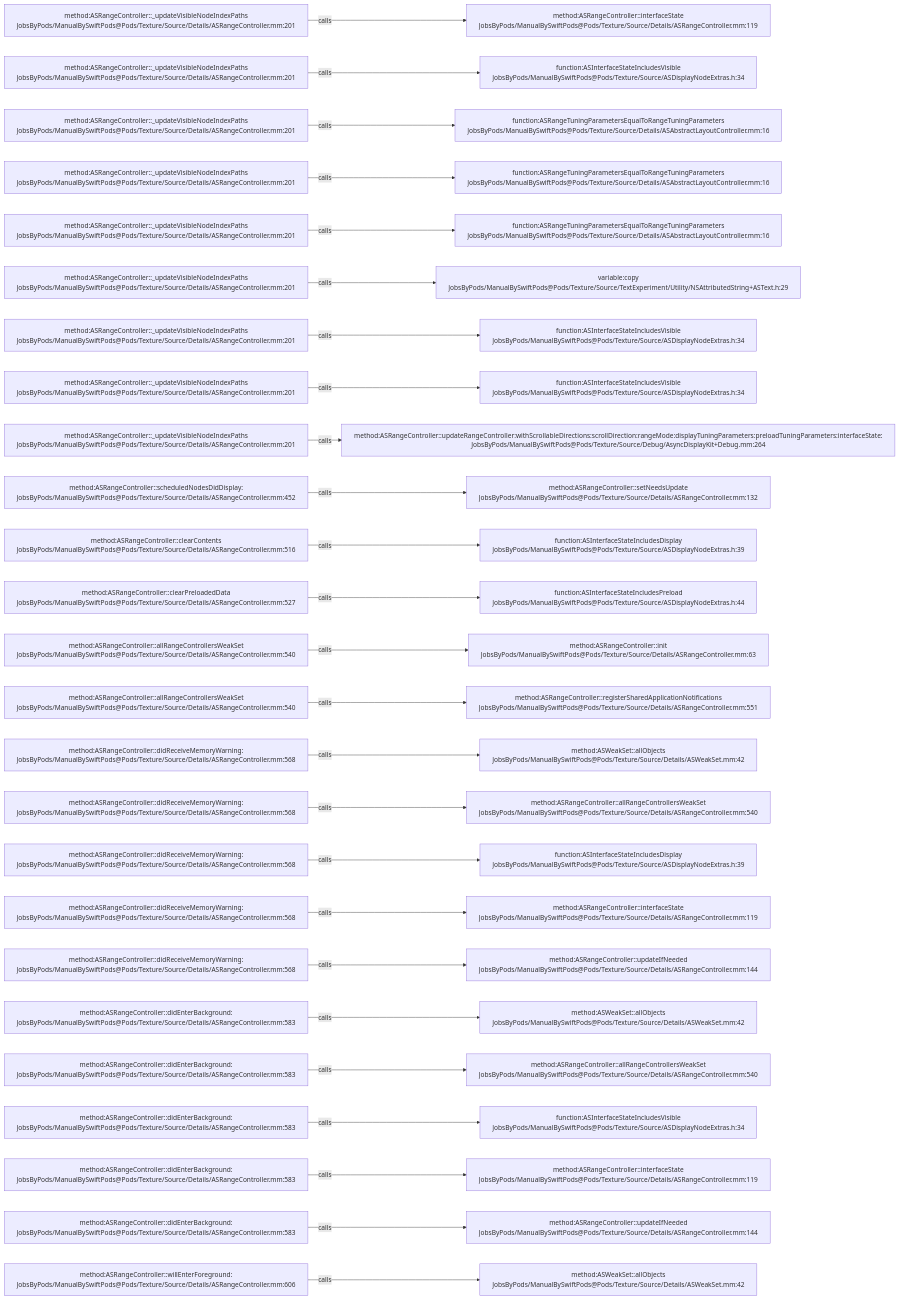
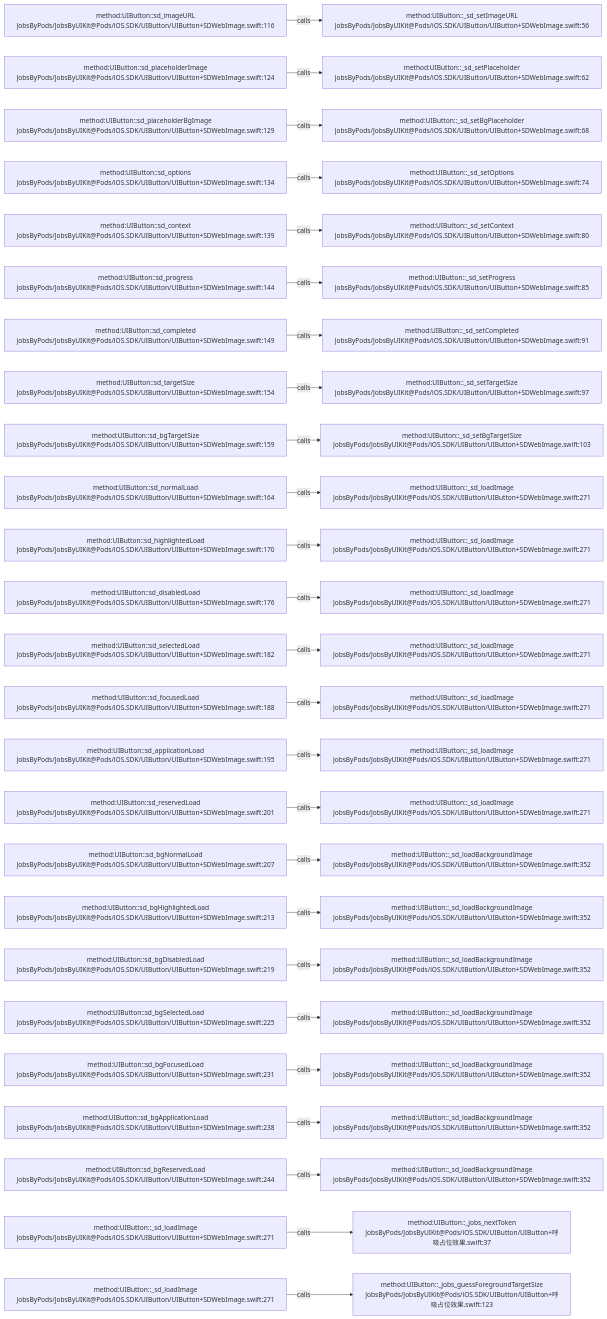
Before and after one commit to JobsKits/JobsSwiftBaseConfigDemo: the diagram in .codegraph/codegraph.md/graphs/calls-094.md, drawn with Mermaid. The commit also changed 224 other files, not shown here.

````diff
--- a/.codegraph/codegraph.md/graphs/calls-094.md
+++ b/.codegraph/codegraph.md/graphs/calls-094.md
@@ -13,78 +13,78 @@
 ```mermaid
 flowchart LR
-  S1["method:ASRangeController::_updateVisibleNodeIndexPaths<br/>JobsByPods/ManualBySwiftPods@Pods/Texture/Source/Details/ASRangeController.mm:201"]
-  T1["method:ASRangeController::interfaceState<br/>JobsByPods/ManualBySwiftPods@Pods/Texture/Source/Details/ASRangeController.mm:119"]
+  S1["method:UIButton::sd_imageURL<br/>JobsByPods/JobsByUIKit@Pods/iOS.SDK/UIButton/UIButton+SDWebImage.swift:116"]
+  T1["method:UIButton::_sd_setImageURL<br/>JobsByPods/JobsByUIKit@Pods/iOS.SDK/UIButton/UIButton+SDWebImage.swift:56"]
   S1 -->|calls| T1
-  S2["method:ASRangeController::_updateVisibleNodeIndexPaths<br/>JobsByPods/ManualBySwiftPods@Pods/Texture/Source/Details/ASRangeController.mm:201"]
-  T2["function:ASInterfaceStateIncludesVisible<br/>JobsByPods/ManualBySwiftPods@Pods/Texture/Source/ASDisplayNodeExtras.h:34"]
+  S2["method:UIButton::sd_placeholderImage<br/>JobsByPods/JobsByUIKit@Pods/iOS.SDK/UIButton/UIButton+SDWebImage.swift:124"]
+  T2["method:UIButton::_sd_setPlaceholder<br/>JobsByPods/JobsByUIKit@Pods/iOS.SDK/UIButton/UIButton+SDWebImage.swift:62"]
   S2 -->|calls| T2
-  S3["method:ASRangeController::_updateVisibleNodeIndexPaths<br/>JobsByPods/ManualBySwiftPods@Pods/Texture/Source/Details/ASRangeController.mm:201"]
-  T3["function:ASRangeTuningParametersEqualToRangeTuningParameters<br/>JobsByPods/ManualBySwiftPods@Pods/Texture/Source/Details/ASAbstractLayoutController.mm:16"]
+  S3["method:UIButton::sd_placeholderBgImage<br/>JobsByPods/JobsByUIKit@Pods/iOS.SDK/UIButton/UIButton+SDWebImage.swift:129"]
+  T3["method:UIButton::_sd_setBgPlaceholder<br/>JobsByPods/JobsByUIKit@Pods/iOS.SDK/UIButton/UIButton+SDWebImage.swift:68"]
   S3 -->|calls| T3
-  S4["method:ASRangeController::_updateVisibleNodeIndexPaths<br/>JobsByPods/ManualBySwiftPods@Pods/Texture/Source/Details/ASRangeController.mm:201"]
-  T4["function:ASRangeTuningParametersEqualToRangeTuningParameters<br/>JobsByPods/ManualBySwiftPods@Pods/Texture/Source/Details/ASAbstractLayoutController.mm:16"]
+  S4["method:UIButton::sd_options<br/>JobsByPods/JobsByUIKit@Pods/iOS.SDK/UIButton/UIButton+SDWebImage.swift:134"]
+  T4["method:UIButton::_sd_setOptions<br/>JobsByPods/JobsByUIKit@Pods/iOS.SDK/UIButton/UIButton+SDWebImage.swift:74"]
   S4 -->|calls| T4
-  S5["method:ASRangeController::_updateVisibleNodeIndexPaths<br/>JobsByPods/ManualBySwiftPods@Pods/Texture/Source/Details/ASRangeController.mm:201"]
-  T5["function:ASRangeTuningParametersEqualToRangeTuningParameters<br/>JobsByPods/ManualBySwiftPods@Pods/Texture/Source/Details/ASAbstractLayoutController.mm:16"]
+  S5["method:UIButton::sd_context<br/>JobsByPods/JobsByUIKit@Pods/iOS.SDK/UIButton/UIButton+SDWebImage.swift:139"]
+  T5["method:UIButton::_sd_setContext<br/>JobsByPods/JobsByUIKit@Pods/iOS.SDK/UIButton/UIButton+SDWebImage.swift:80"]
   S5 -->|calls| T5
-  S6["method:ASRangeController::_updateVisibleNodeIndexPaths<br/>JobsByPods/ManualBySwiftPods@Pods/Texture/Source/Details/ASRangeController.mm:201"]
-  T6["variable:copy<br/>JobsByPods/ManualBySwiftPods@Pods/Texture/Source/TextExperiment/Utility/NSAttributedString+ASText.h:29"]
+  S6["method:UIButton::sd_progress<br/>JobsByPods/JobsByUIKit@Pods/iOS.SDK/UIButton/UIButton+SDWebImage.swift:144"]
+  T6["method:UIButton::_sd_setProgress<br/>JobsByPods/JobsByUIKit@Pods/iOS.SDK/UIButton/UIButton+SDWebImage.swift:85"]
   S6 -->|calls| T6
-  S7["method:ASRangeController::_updateVisibleNodeIndexPaths<br/>JobsByPods/ManualBySwiftPods@Pods/Texture/Source/Details/ASRangeController.mm:201"]
-  T7["function:ASInterfaceStateIncludesVisible<br/>JobsByPods/ManualBySwiftPods@Pods/Texture/Source/ASDisplayNodeExtras.h:34"]
+  S7["method:UIButton::sd_completed<br/>JobsByPods/JobsByUIKit@Pods/iOS.SDK/UIButton/UIButton+SDWebImage.swift:149"]
+  T7["method:UIButton::_sd_setCompleted<br/>JobsByPods/JobsByUIKit@Pods/iOS.SDK/UIButton/UIButton+SDWebImage.swift:91"]
   S7 -->|calls| T7
-  S8["method:ASRangeController::_updateVisibleNodeIndexPaths<br/>JobsByPods/ManualBySwiftPods@Pods/Texture/Source/Details/ASRangeController.mm:201"]
-  T8["function:ASInterfaceStateIncludesVisible<br/>JobsByPods/ManualBySwiftPods@Pods/Texture/Source/ASDisplayNodeExtras.h:34"]
+  S8["method:UIButton::sd_targetSize<br/>JobsByPods/JobsByUIKit@Pods/iOS.SDK/UIButton/UIButton+SDWebImage.swift:154"]
+  T8["method:UIButton::_sd_setTargetSize<br/>JobsByPods/JobsByUIKit@Pods/iOS.SDK/UIButton/UIButton+SDWebImage.swift:97"]
   S8 -->|calls| T8
-  S9["method:ASRangeController::_updateVisibleNodeIndexPaths<br/>JobsByPods/ManualBySwiftPods@Pods/Texture/Source/Details/ASRangeController.mm:201"]
-  T9["method:ASRangeController::updateRangeController:withScrollableDirections:scrollDirection:rangeMode:displayTuningParameters:preloadTuningParameters:interfaceState:<br/>JobsByPods/ManualBySwiftPods@Pods/Texture/Source/Debug/AsyncDisplayKit+Debug.mm:264"]
+  S9["method:UIButton::sd_bgTargetSize<br/>JobsByPods/JobsByUIKit@Pods/iOS.SDK/UIButton/UIButton+SDWebImage.swift:159"]
+  T9["method:UIButton::_sd_setBgTargetSize<br/>JobsByPods/JobsByUIKit@Pods/iOS.SDK/UIButton/UIButton+SDWebImage.swift:103"]
   S9 -->|calls| T9
-  S10["method:ASRangeController::scheduledNodesDidDisplay:<br/>JobsByPods/ManualBySwiftPods@Pods/Texture/Source/Details/ASRangeController.mm:452"]
-  T10["method:ASRangeController::setNeedsUpdate<br/>JobsByPods/ManualBySwiftPods@Pods/Texture/Source/Details/ASRangeController.mm:132"]
+  S10["method:UIButton::sd_normalLoad<br/>JobsByPods/JobsByUIKit@Pods/iOS.SDK/UIButton/UIButton+SDWebImage.swift:164"]
+  T10["method:UIButton::_sd_loadImage<br/>JobsByPods/JobsByUIKit@Pods/iOS.SDK/UIButton/UIButton+SDWebImage.swift:271"]
   S10 -->|calls| T10
-  S11["method:ASRangeController::clearContents<br/>JobsByPods/ManualBySwiftPods@Pods/Texture/Source/Details/ASRangeController.mm:516"]
-  T11["function:ASInterfaceStateIncludesDisplay<br/>JobsByPods/ManualBySwiftPods@Pods/Texture/Source/ASDisplayNodeExtras.h:39"]
+  S11["method:UIButton::sd_highlightedLoad<br/>JobsByPods/JobsByUIKit@Pods/iOS.SDK/UIButton/UIButton+SDWebImage.swift:170"]
+  T11["method:UIButton::_sd_loadImage<br/>JobsByPods/JobsByUIKit@Pods/iOS.SDK/UIButton/UIButton+SDWebImage.swift:271"]
   S11 -->|calls| T11
-  S12["method:ASRangeController::clearPreloadedData<br/>JobsByPods/ManualBySwiftPods@Pods/Texture/Source/Details/ASRangeController.mm:527"]
-  T12["function:ASInterfaceStateIncludesPreload<br/>JobsByPods/ManualBySwiftPods@Pods/Texture/Source/ASDisplayNodeExtras.h:44"]
+  S12["method:UIButton::sd_disabledLoad<br/>JobsByPods/JobsByUIKit@Pods/iOS.SDK/UIButton/UIButton+SDWebImage.swift:176"]
+  T12["method:UIButton::_sd_loadImage<br/>JobsByPods/JobsByUIKit@Pods/iOS.SDK/UIButton/UIButton+SDWebImage.swift:271"]
   S12 -->|calls| T12
-  S13["method:ASRangeController::allRangeControllersWeakSet<br/>JobsByPods/ManualBySwiftPods@Pods/Texture/Source/Details/ASRangeController.mm:540"]
-  T13["method:ASRangeController::init<br/>JobsByPods/ManualBySwiftPods@Pods/Texture/Source/Details/ASRangeController.mm:63"]
+  S13["method:UIButton::sd_selectedLoad<br/>JobsByPods/JobsByUIKit@Pods/iOS.SDK/UIButton/UIButton+SDWebImage.swift:182"]
+  T13["method:UIButton::_sd_loadImage<br/>JobsByPods/JobsByUIKit@Pods/iOS.SDK/UIButton/UIButton+SDWebImage.swift:271"]
   S13 -->|calls| T13
-  S14["method:ASRangeController::allRangeControllersWeakSet<br/>JobsByPods/ManualBySwiftPods@Pods/Texture/Source/Details/ASRangeController.mm:540"]
-  T14["method:ASRangeController::registerSharedApplicationNotifications<br/>JobsByPods/ManualBySwiftPods@Pods/Texture/Source/Details/ASRangeController.mm:551"]
+  S14["method:UIButton::sd_focusedLoad<br/>JobsByPods/JobsByUIKit@Pods/iOS.SDK/UIButton/UIButton+SDWebImage.swift:188"]
+  T14["method:UIButton::_sd_loadImage<br/>JobsByPods/JobsByUIKit@Pods/iOS.SDK/UIButton/UIButton+SDWebImage.swift:271"]
   S14 -->|calls| T14
-  S15["method:ASRangeController::didReceiveMemoryWarning:<br/>JobsByPods/ManualBySwiftPods@Pods/Texture/Source/Details/ASRangeController.mm:568"]
-  T15["method:ASWeakSet::allObjects<br/>JobsByPods/ManualBySwiftPods@Pods/Texture/Source/Details/ASWeakSet.mm:42"]
+  S15["method:UIButton::sd_applicationLoad<br/>JobsByPods/JobsByUIKit@Pods/iOS.SDK/UIButton/UIButton+SDWebImage.swift:195"]
+  T15["method:UIButton::_sd_loadImage<br/>JobsByPods/JobsByUIKit@Pods/iOS.SDK/UIButton/UIButton+SDWebImage.swift:271"]
   S15 -->|calls| T15
-  S16["method:ASRangeController::didReceiveMemoryWarning:<br/>JobsByPods/ManualBySwiftPods@Pods/Texture/Source/Details/ASRangeController.mm:568"]
-  T16["method:ASRangeController::allRangeControllersWeakSet<br/>JobsByPods/ManualBySwiftPods@Pods/Texture/Source/Details/ASRangeController.mm:540"]
+  S16["method:UIButton::sd_reservedLoad<br/>JobsByPods/JobsByUIKit@Pods/iOS.SDK/UIButton/UIButton+SDWebImage.swift:201"]
+  T16["method:UIButton::_sd_loadImage<br/>JobsByPods/JobsByUIKit@Pods/iOS.SDK/UIButton/UIButton+SDWebImage.swift:271"]
   S16 -->|calls| T16
-  S17["method:ASRangeController::didReceiveMemoryWarning:<br/>JobsByPods/ManualBySwiftPods@Pods/Texture/Source/Details/ASRangeController.mm:568"]
-  T17["function:ASInterfaceStateIncludesDisplay<br/>JobsByPods/ManualBySwiftPods@Pods/Texture/Source/ASDisplayNodeExtras.h:39"]
+  S17["method:UIButton::sd_bgNormalLoad<br/>JobsByPods/JobsByUIKit@Pods/iOS.SDK/UIButton/UIButton+SDWebImage.swift:207"]
+  T17["method:UIButton::_sd_loadBackgroundImage<br/>JobsByPods/JobsByUIKit@Pods/iOS.SDK/UIButton/UIButton+SDWebImage.swift:352"]
   S17 -->|calls| T17
-  S18["method:ASRangeController::didReceiveMemoryWarning:<br/>JobsByPods/ManualBySwiftPods@Pods/Texture/Source/Details/ASRangeController.mm:568"]
-  T18["method:ASRangeController::interfaceState<br/>JobsByPods/ManualBySwiftPods@Pods/Texture/Source/Details/ASRangeController.mm:119"]
+  S18["method:UIButton::sd_bgHighlightedLoad<br/>JobsByPods/JobsByUIKit@Pods/iOS.SDK/UIButton/UIButton+SDWebImage.swift:213"]
+  T18["method:UIButton::_sd_loadBackgroundImage<br/>JobsByPods/JobsByUIKit@Pods/iOS.SDK/UIButton/UIButton+SDWebImage.swift:352"]
   S18 -->|calls| T18
-  S19["method:ASRangeController::didReceiveMemoryWarning:<br/>JobsByPods/ManualBySwiftPods@Pods/Texture/Source/Details/ASRangeController.mm:568"]
-  T19["method:ASRangeController::updateIfNeeded<br/>JobsByPods/ManualBySwiftPods@Pods/Texture/Source/Details/ASRangeController.mm:144"]
+  S19["method:UIButton::sd_bgDisabledLoad<br/>JobsByPods/JobsByUIKit@Pods/iOS.SDK/UIButton/UIButton+SDWebImage.swift:219"]
+  T19["method:UIButton::_sd_loadBackgroundImage<br/>JobsByPods/JobsByUIKit@Pods/iOS.SDK/UIButton/UIButton+SDWebImage.swift:352"]
   S19 -->|calls| T19
-  S20["method:ASRangeController::didEnterBackground:<br/>JobsByPods/ManualBySwiftPods@Pods/Texture/Source/Details/ASRangeController.mm:583"]
-  T20["method:ASWeakSet::allObjects<br/>JobsByPods/ManualBySwiftPods@Pods/Texture/Source/Details/ASWeakSet.mm:42"]
+  S20["method:UIButton::sd_bgSelectedLoad<br/>JobsByPods/JobsByUIKit@Pods/iOS.SDK/UIButton/UIButton+SDWebImage.swift:225"]
+  T20["method:UIButton::_sd_loadBackgroundImage<br/>JobsByPods/JobsByUIKit@Pods/iOS.SDK/UIButton/UIButton+SDWebImage.swift:352"]
   S20 -->|calls| T20
-  S21["method:ASRangeController::didEnterBackground:<br/>JobsByPods/ManualBySwiftPods@Pods/Texture/Source/Details/ASRangeController.mm:583"]
-  T21["method:ASRangeController::allRangeControllersWeakSet<br/>JobsByPods/ManualBySwiftPods@Pods/Texture/Source/Details/ASRangeController.mm:540"]
+  S21["method:UIButton::sd_bgFocusedLoad<br/>JobsByPods/JobsByUIKit@Pods/iOS.SDK/UIButton/UIButton+SDWebImage.swift:231"]
+  T21["method:UIButton::_sd_loadBackgroundImage<br/>JobsByPods/JobsByUIKit@Pods/iOS.SDK/UIButton/UIButton+SDWebImage.swift:352"]
   S21 -->|calls| T21
-  S22["method:ASRangeController::didEnterBackground:<br/>JobsByPods/ManualBySwiftPods@Pods/Texture/Source/Details/ASRangeController.mm:583"]
-  T22["function:ASInterfaceStateIncludesVisible<br/>JobsByPods/ManualBySwiftPods@Pods/Texture/Source/ASDisplayNodeExtras.h:34"]
+  S22["method:UIButton::sd_bgApplicationLoad<br/>JobsByPods/JobsByUIKit@Pods/iOS.SDK/UIButton/UIButton+SDWebImage.swift:238"]
+  T22["method:UIButton::_sd_loadBackgroundImage<br/>JobsByPods/JobsByUIKit@Pods/iOS.SDK/UIButton/UIButton+SDWebImage.swift:352"]
   S22 -->|calls| T22
-  S23["method:ASRangeController::didEnterBackground:<br/>JobsByPods/ManualBySwiftPods@Pods/Texture/Source/Details/ASRangeController.mm:583"]
-  T23["method:ASRangeController::interfaceState<br/>JobsByPods/ManualBySwiftPods@Pods/Texture/Source/Details/ASRangeController.mm:119"]
+  S23["method:UIButton::sd_bgReservedLoad<br/>JobsByPods/JobsByUIKit@Pods/iOS.SDK/UIButton/UIButton+SDWebImage.swift:244"]
+  T23["method:UIButton::_sd_loadBackgroundImage<br/>JobsByPods/JobsByUIKit@Pods/iOS.SDK/UIButton/UIButton+SDWebImage.swift:352"]
   S23 -->|calls| T23
-  S24["method:ASRangeController::didEnterBackground:<br/>JobsByPods/ManualBySwiftPods@Pods/Texture/Source/Details/ASRangeController.mm:583"]
-  T24["method:ASRangeController::updateIfNeeded<br/>JobsByPods/ManualBySwiftPods@Pods/Texture/Source/Details/ASRangeController.mm:144"]
+  S24["method:UIButton::_sd_loadImage<br/>JobsByPods/JobsByUIKit@Pods/iOS.SDK/UIButton/UIButton+SDWebImage.swift:271"]
+  T24["method:UIButton::_jobs_nextToken<br/>JobsByPods/JobsByUIKit@Pods/iOS.SDK/UIButton/UIButton+呼吸占位效果.swift:37"]
   S24 -->|calls| T24
-  S25["method:ASRangeController::willEnterForeground:<br/>JobsByPods/ManualBySwiftPods@Pods/Texture/Source/Details/ASRangeController.mm:606"]
-  T25["method:ASWeakSet::allObjects<br/>JobsByPods/ManualBySwiftPods@Pods/Texture/Source/Details/ASWeakSet.mm:42"]
+  S25["method:UIButton::_sd_loadImage<br/>JobsByPods/JobsByUIKit@Pods/iOS.SDK/UIButton/UIButton+SDWebImage.swift:271"]
+  T25["method:UIButton::_jobs_guessForegroundTargetSize<br/>JobsByPods/JobsByUIKit@Pods/iOS.SDK/UIButton/UIButton+呼吸占位效果.swift:123"]
   S25 -->|calls| T25
 ```
````
